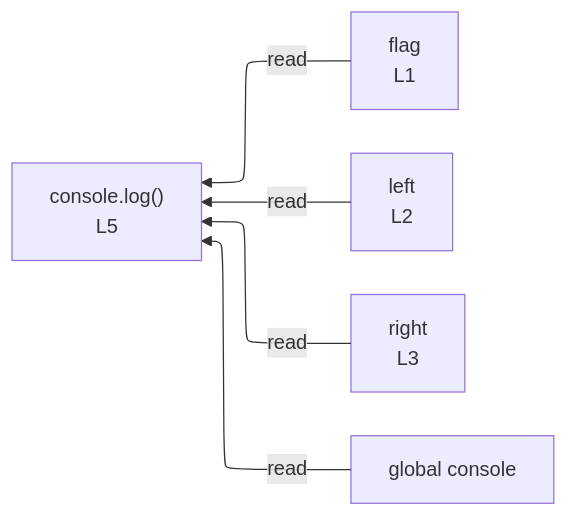
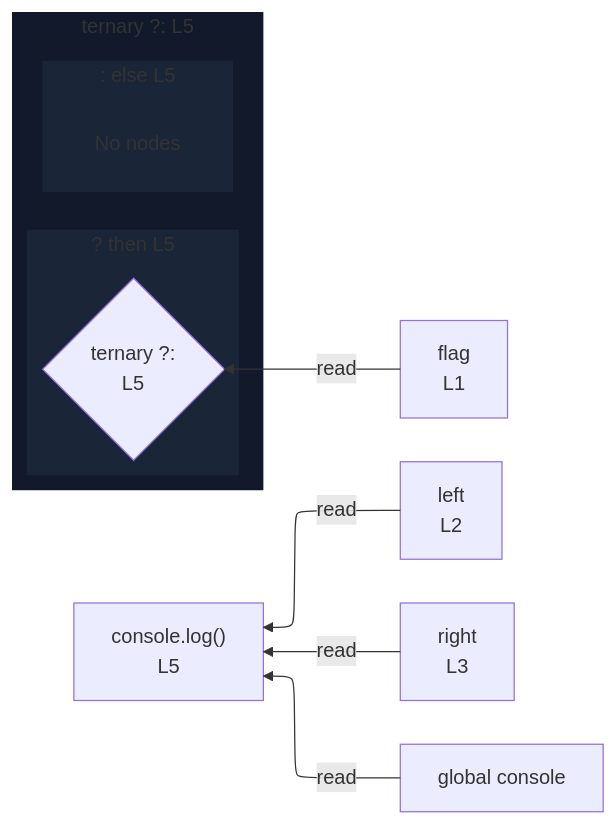
Before and after one commit to crescware/unsnarl: the diagram in integration/fixtures/expression-statement/call-with-conditional-argument/preview.md, drawn with Mermaid. The commit also changed 163 other files, not shown here.

````diff
--- a/integration/fixtures/expression-statement/call-with-conditional-argument/preview.md
+++ b/integration/fixtures/expression-statement/call-with-conditional-argument/preview.md
@@ -15,13 +15,31 @@
 ```mermaid
 %%{init: {"flowchart": {"defaultRenderer": "elk"}}}%%
 flowchart RL
   n_scope_0_flag_6["flag<br/>L1"]
   n_scope_0_left_25["left<br/>L2"]
   n_scope_0_right_44["right<br/>L3"]
   n_scope_0_console_60["global console"]
+  subgraph cont_ternary_scope_0_72["ternary ?: L5"]
+    direction RL
+    subgraph s_scope_1["? then L5"]
+      direction RL
+      ternary_test_scope_0_72{"ternary ?:<br/>L5"}
+    end
+    subgraph s_scope_2[": else L5"]
+      direction RL
+      elk_empty_s_scope_2["No nodes"]
+    end
+  end
   n_scope_0_console_60 -->|read| expr_stmt_60
-  n_scope_0_flag_6 -->|read| expr_stmt_60
+  n_scope_0_flag_6 -->|read| ternary_test_scope_0_72
   n_scope_0_left_25 -->|read| expr_stmt_60
   n_scope_0_right_44 -->|read| expr_stmt_60
   expr_stmt_60["console.log()<br/>L5"]
+  classDef nestL1 fill:#11192a,stroke:transparent;
+  class cont_ternary_scope_0_72 nestL1;
+  classDef nestL2 fill:#1a2538,stroke:transparent;
+  class s_scope_1 nestL2;
+  class s_scope_2 nestL2;
+  classDef elkEmptyPlaceholder fill:transparent,stroke:transparent;
+  class elk_empty_s_scope_2 elkEmptyPlaceholder;
 ```
````
